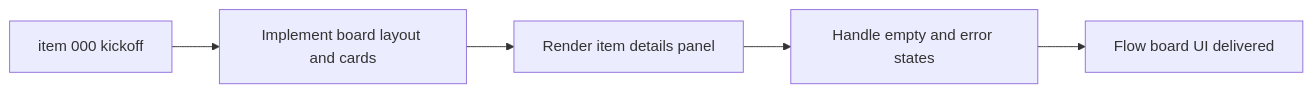
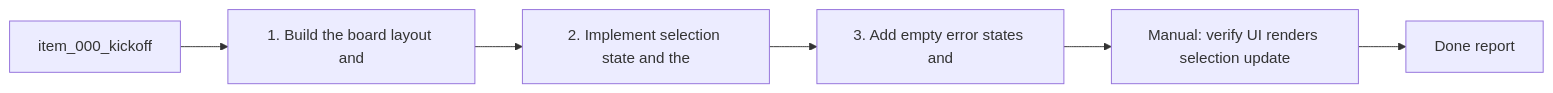
One commit to AlexAgo83/logics-manager changed the diagram in logics/tasks/task_003_build_flow_board_ui_and_details_panel.md. Above: the diagram before and after it, drawn with Mermaid. The commit also changed 481 other files, not shown here.

````diff
--- a/logics/tasks/task_003_build_flow_board_ui_and_details_panel.md
+++ b/logics/tasks/task_003_build_flow_board_ui_and_details_panel.md
@@ -13,9 +13,10 @@
 ```mermaid
 %% logics-kind: task
 %% logics-signature: task|build-flow-board-ui-and-details-panel|item-000-kickoff|1-build-the-board-layout-and|manual-verify-ui-renders-selection-updat
 flowchart LR
-    Kickoff[item 000 kickoff] --> Board[Implement board layout and cards]
-    Board --> Details[Render item details panel]
-    Details --> States[Handle empty and error states]
-    States --> Done[Flow board UI delivered]
+    Backlog[item_000_kickoff] --> Step1[1. Build the board layout and]
+    Step1 --> Step2[2. Implement selection state and the]
+    Step2 --> Step3[3. Add empty error states and]
+    Step3 --> Validation[Manual: verify UI renders selection update]
+    Validation --> Report[Done report]
 ```
````
